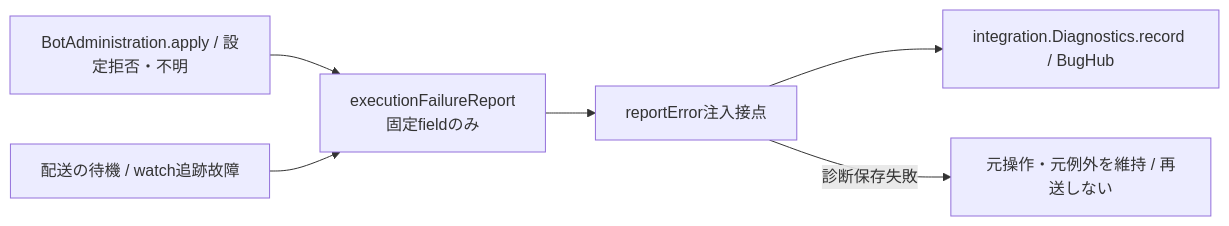
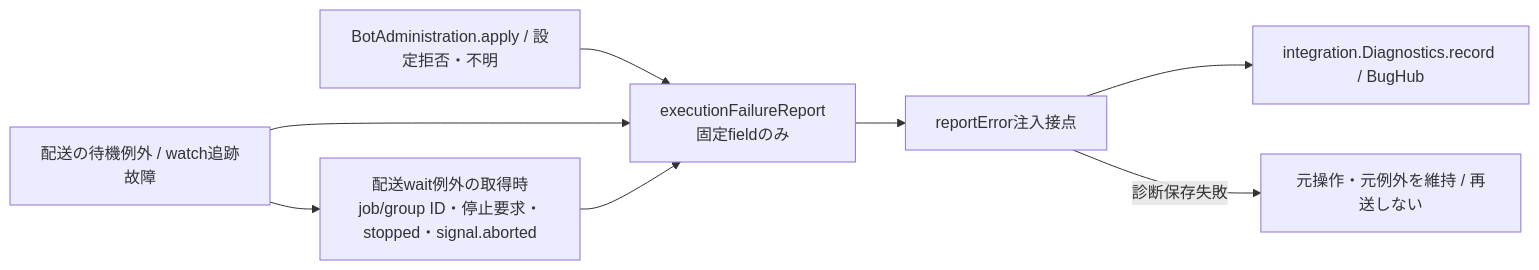
The third of 4 diagrams in docs/architecture/modules/execution/wait-contract.md (kitepon/BellTeam), drawn with Mermaid before and after one commit. The commit also changed other lines of this file and 3 other files, not shown here.

````diff
--- a/docs/architecture/modules/execution/wait-contract.md
+++ b/docs/architecture/modules/execution/wait-contract.md
@@ -61,8 +61,10 @@
 ```mermaid
 flowchart LR
   Configure["BotAdministration.apply / 設定拒否・不明"] --> Report["executionFailureReport<br/>固定fieldのみ"]
-  Tracking["配送の待機 / watch追跡故障"] --> Report
+  Tracking["配送の待機例外 / watch追跡故障"] --> Report
+  Tracking --> Snapshot["配送wait例外の取得時<br/>job/group ID・停止要求・stopped・signal.aborted"]
+  Snapshot --> Report
   Report --> Hook["reportError注入接点"]
   Hook --> Diagnostics["integration.Diagnostics.record / BugHub"]
   Hook -->|"診断保存失敗"| Preserve["元操作・元例外を維持 / 再送しない"]
 ```
````
